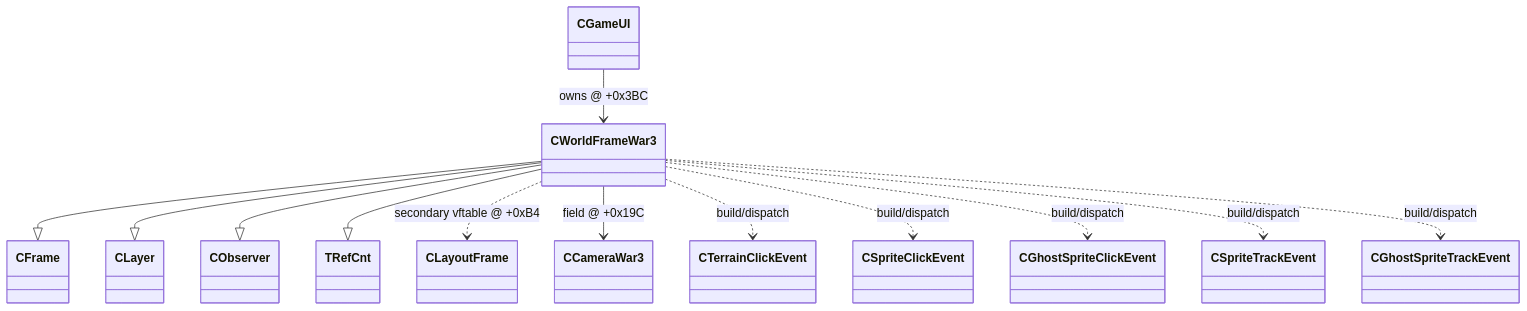
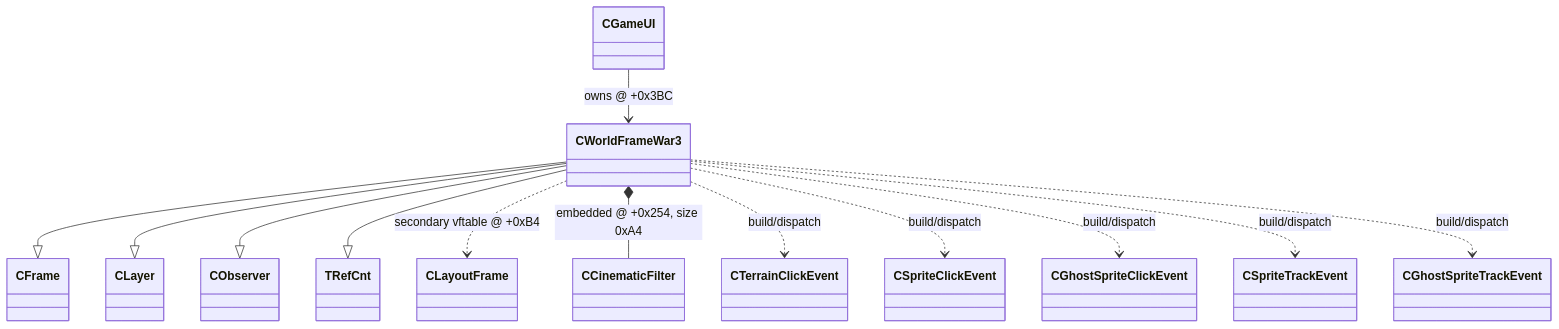
One commit to CallDisaster/War3VK changed the fourth of 4 diagrams in docs/research/war3_render_issues/17_cworldframewar3_full_reverse/README.md. Above: the diagram before and after it, drawn with Mermaid. The commit also changed other lines of this file and 272 other files, not shown here.

First line of the commit message:
war3: checkpoint current-frame shadow and renderer pipeline

````diff
--- a/docs/research/war3_render_issues/17_cworldframewar3_full_reverse/README.md
+++ b/docs/research/war3_render_issues/17_cworldframewar3_full_reverse/README.md
@@ -408,29 +417,29 @@
 ```mermaid
 classDiagram
   class CFrame
   class CLayer
   class CObserver
   class TRefCnt
   class CLayoutFrame
   class CGameUI
   class CWorldFrameWar3
-  class CCameraWar3
+  class CCinematicFilter
   class CTerrainClickEvent
   class CSpriteClickEvent
   class CGhostSpriteClickEvent
   class CSpriteTrackEvent
   class CGhostSpriteTrackEvent
 
   CWorldFrameWar3 --|> CFrame
   CWorldFrameWar3 --|> CLayer
   CWorldFrameWar3 --|> CObserver
   CWorldFrameWar3 --|> TRefCnt
   CWorldFrameWar3 ..> CLayoutFrame : secondary vftable @ +0xB4
   CGameUI --> CWorldFrameWar3 : owns @ +0x3BC
-  CWorldFrameWar3 --> CCameraWar3 : field @ +0x19C
+  CWorldFrameWar3 *-- CCinematicFilter : embedded @ +0x254, size 0xA4
   CWorldFrameWar3 ..> CTerrainClickEvent : build/dispatch
   CWorldFrameWar3 ..> CSpriteClickEvent : build/dispatch
   CWorldFrameWar3 ..> CGhostSpriteClickEvent : build/dispatch
   CWorldFrameWar3 ..> CSpriteTrackEvent : build/dispatch
   CWorldFrameWar3 ..> CGhostSpriteTrackEvent : build/dispatch
 ```
````
